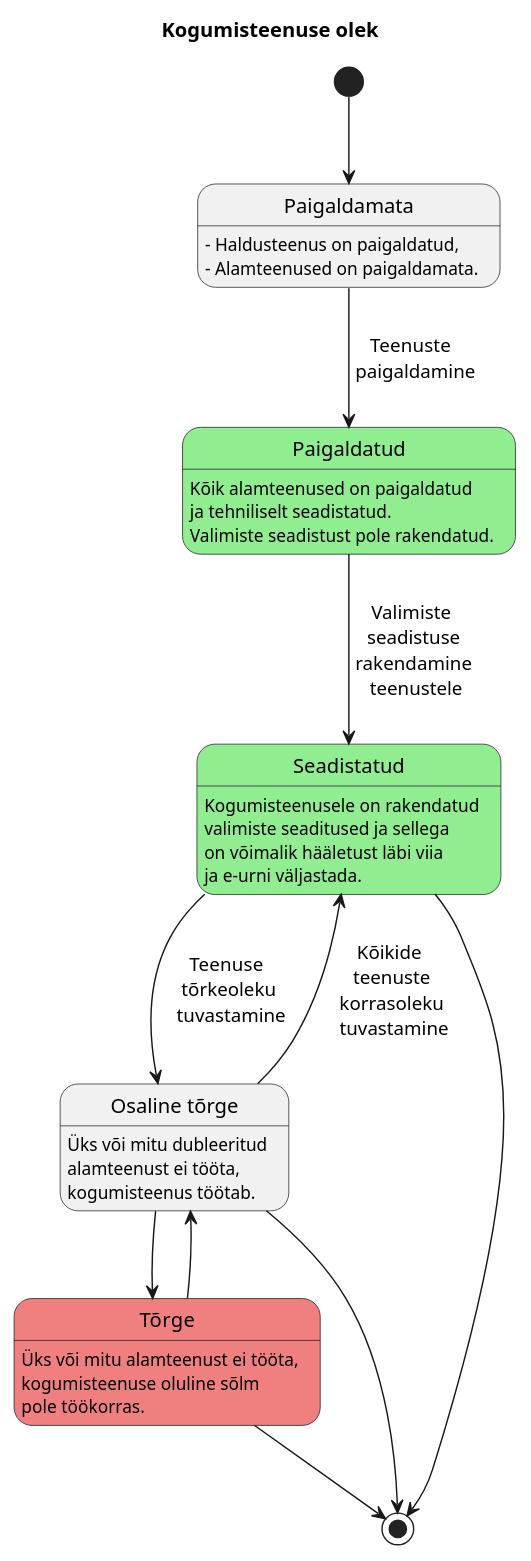
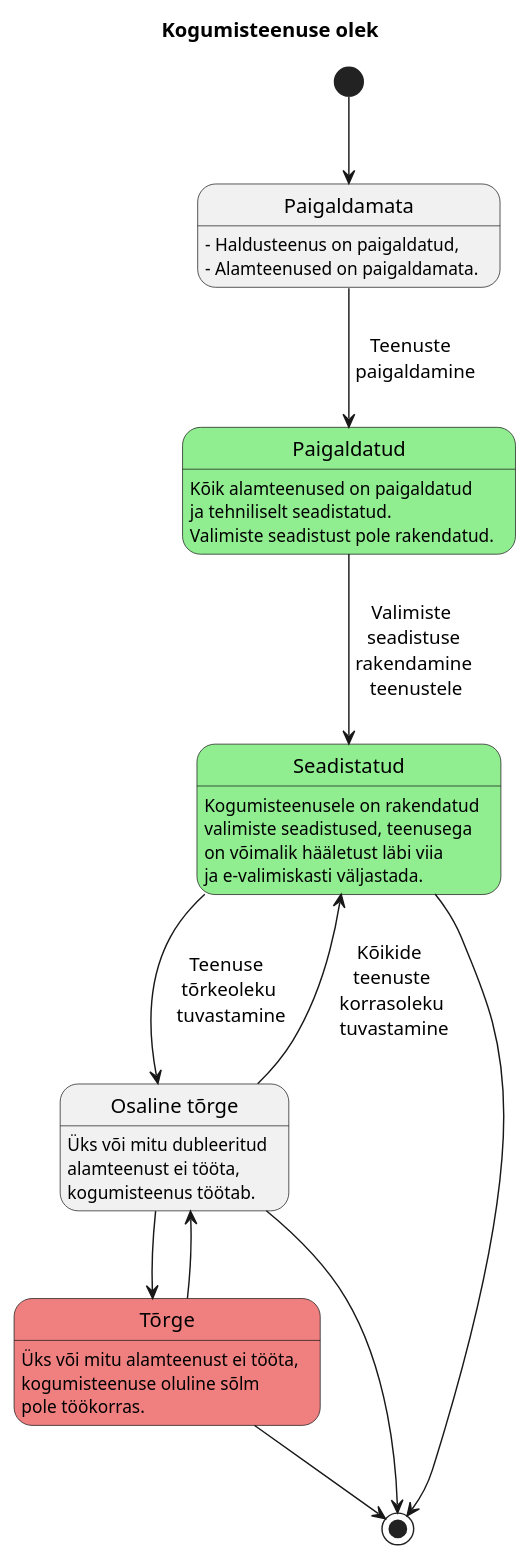
Before and after one commit to valimised/ivxv: the diagram in Documentation/et/arhitektuur/model/management-service/collector-status.pu, drawn with PlantUML. The commit also changed 517 other files, not shown here.

```diff
--- a/Documentation/et/arhitektuur/model/management-service/collector-status.pu
+++ b/Documentation/et/arhitektuur/model/management-service/collector-status.pu
@@ -1,52 +1,52 @@
 @startuml
 
 Title Kogumisteenuse olek
 
 skinparam state {
   BackgroundColor<<OK>> LightGreen
   BackgroundColor<<Error>> LightCoral
 }
 
 state Paigaldamata
 Paigaldamata : - Haldusteenus on paigaldatud,
 Paigaldamata : - Alamteenused on paigaldamata.
 
 state Paigaldatud <<OK>>
 Paigaldatud : Kõik alamteenused on paigaldatud
 Paigaldatud : ja tehniliselt seadistatud.
 Paigaldatud : Valimiste seadistust pole rakendatud.
 
 state Seadistatud <<OK>>
 Seadistatud : Kogumisteenusele on rakendatud
-Seadistatud : valimiste seaditused ja sellega
+Seadistatud : valimiste seadistused, teenusega
 Seadistatud : on võimalik hääletust läbi viia
-Seadistatud : ja e-urni väljastada.
+Seadistatud : ja e-valimiskasti väljastada.
 
 state Tõrge <<Error>>
 Tõrge : Üks või mitu alamteenust ei tööta,
 Tõrge : kogumisteenuse oluline sõlm
 Tõrge : pole töökorras.
 
 state "Osaline tõrge" as OsalineTõrge
 OsalineTõrge : Üks või mitu dubleeritud
 OsalineTõrge : alamteenust ei tööta,
 OsalineTõrge : kogumisteenus töötab.
 
 
 [*] --> Paigaldamata
 
 Paigaldamata --> Paigaldatud : Teenuste \n paigaldamine
 
 Paigaldatud --> Seadistatud : Valimiste \n seadistuse \n rakendamine \n teenustele
 
 Seadistatud --> OsalineTõrge : Teenuse \n tõrkeoleku \n tuvastamine
 Seadistatud --> [*]
 
 OsalineTõrge --> Seadistatud : Kõikide \n teenuste \n korrasoleku \n tuvastamine
 OsalineTõrge --> Tõrge
 OsalineTõrge --> [*]
 
 Tõrge --> OsalineTõrge
 Tõrge --> [*]
 
 @enduml
```
